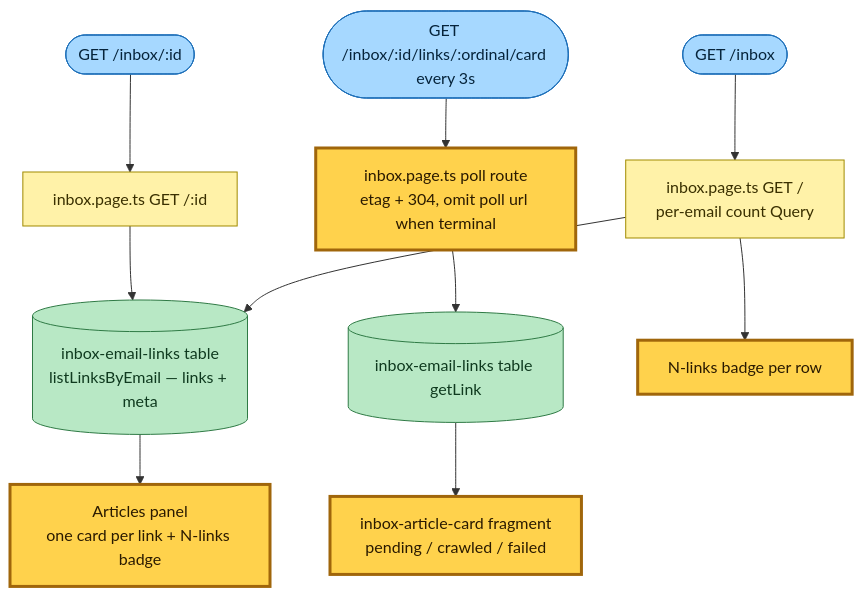
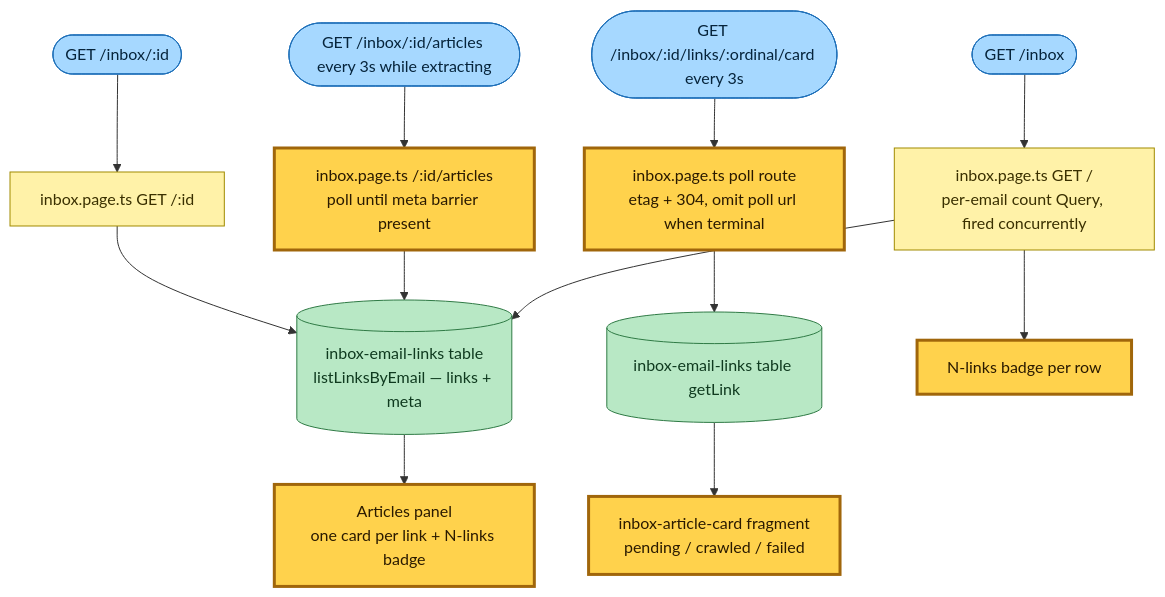
One commit to Readplace/readplace.com changed the third of 3 diagrams in .architecture/2026-06-28-cd26b26/link-previews.md. Above: the diagram before and after it, drawn with Mermaid. The commit also changed other lines of this file and 15 other files, not shown here.

````diff
--- a/.architecture/2026-06-28-cd26b26/link-previews.md
+++ b/.architecture/2026-06-28-cd26b26/link-previews.md
@@ -132,27 +140,31 @@
 ```mermaid
 flowchart TD
 	classDef command fill:#a6d8ff,stroke:#1e6fb8,color:#06243b;
 	classDef system fill:#fff2a8,stroke:#a08a00,color:#3a3000;
 	classDef policy fill:#d6b8ff,stroke:#6b3fb0,color:#2a1147;
 	classDef store fill:#b8e8c5,stroke:#2f7a45,color:#0f3a1f;
 	classDef new fill:#ffd24c,stroke:#a0660b,stroke-width:3px,color:#2a1a00;
 
 	detail([GET /inbox/:id]):::command
 	detailSys[inbox.page.ts GET /:id]:::system
 	links[(inbox-email-links table<br/>listLinksByEmail — links + meta)]:::store
 	panel[Articles panel<br/>one card per link + N-links badge]:::new
 
+	panelpoll([GET /inbox/:id/articles every 3s while extracting]):::command
+	panelpollSys[inbox.page.ts /:id/articles<br/>poll until meta barrier present]:::new
+
 	poll([GET /inbox/:id/links/:ordinal/card every 3s]):::command
 	pollSys[inbox.page.ts poll route<br/>etag + 304, omit poll url when terminal]:::new
 	getLink[(inbox-email-links table getLink)]:::store
 	card[inbox-article-card fragment<br/>pending / crawled / failed]:::new
 
 	list([GET /inbox]):::command
-	listSys[inbox.page.ts GET /<br/>per-email count Query]:::system
+	listSys[inbox.page.ts GET /<br/>per-email count Query, fired concurrently]:::system
 	badge[N-links badge per row]:::new
 
 	detail --> detailSys --> links --> panel
+	panelpoll --> panelpollSys --> links
 	poll --> pollSys --> getLink --> card
 	list --> listSys --> links
 	listSys --> badge
 ```
````
